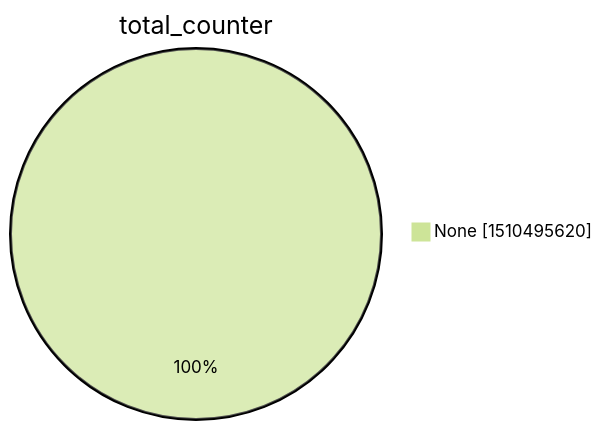
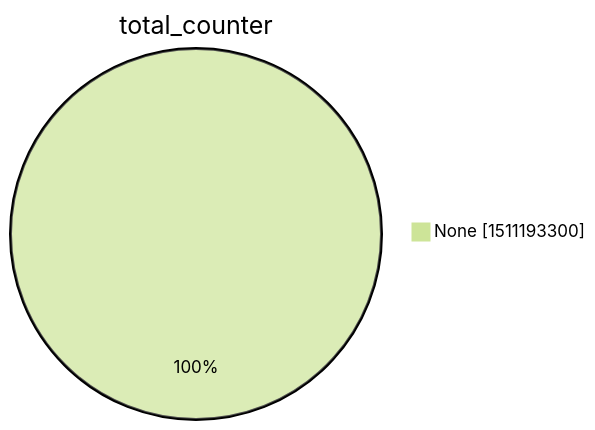
Before and after one commit to christiankrug/ctmonitor_visualization: the second of 15 diagrams in argon2022/README.md, drawn with Mermaid (forest theme). The commit also changed other lines of this file, not shown here.

````diff
--- a/argon2022/README.md
+++ b/argon2022/README.md
@@ -9,5 +9,5 @@
 ```mermaid
 pie showData
 title total_counter
-"None" :1510495620
+"None" :1511193300
 ```
````
